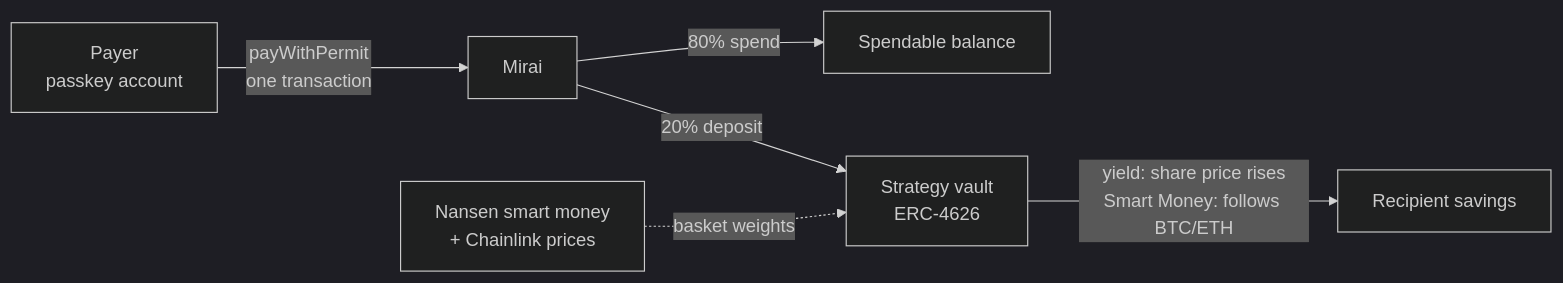
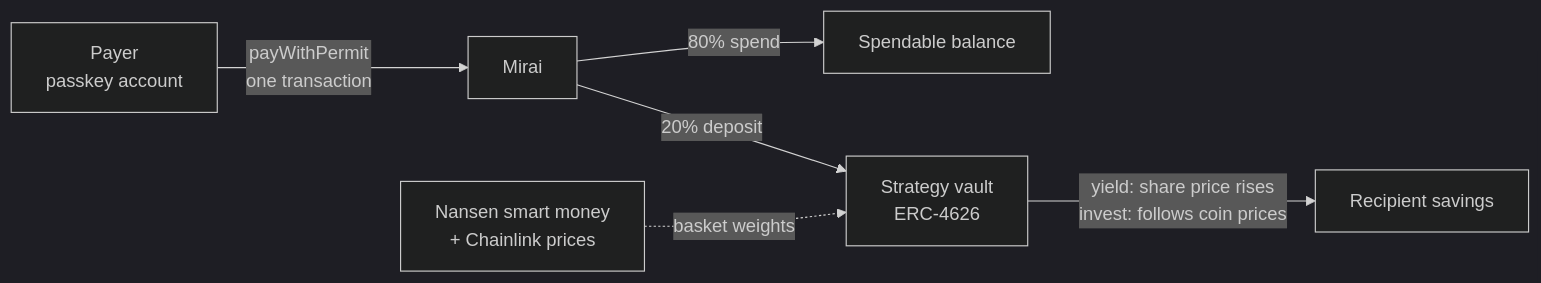
One commit to maulana-tech/mirai-mon changed the diagram in README.md. Above: the diagram before and after it, drawn with Mermaid (dark theme). The commit also changed other lines of this file, not shown here.

````diff
--- a/README.md
+++ b/README.md
@@ -21,8 +21,8 @@
 ```mermaid
 flowchart LR
     P[Payer<br/>passkey account] -->|payWithPermit<br/>one transaction| C[Mirai]
     C -->|80% spend| S[Spendable balance]
     C -->|20% deposit| V[Strategy vault<br/>ERC-4626]
-    V -->|yield: share price rises<br/>Smart Money: follows BTC/ETH| R[Recipient savings]
+    V -->|yield: share price rises<br/>invest: follows coin prices| R[Recipient savings]
     N[Nansen smart money<br/>+ Chainlink prices] -.->|basket weights| V
 ```
````
